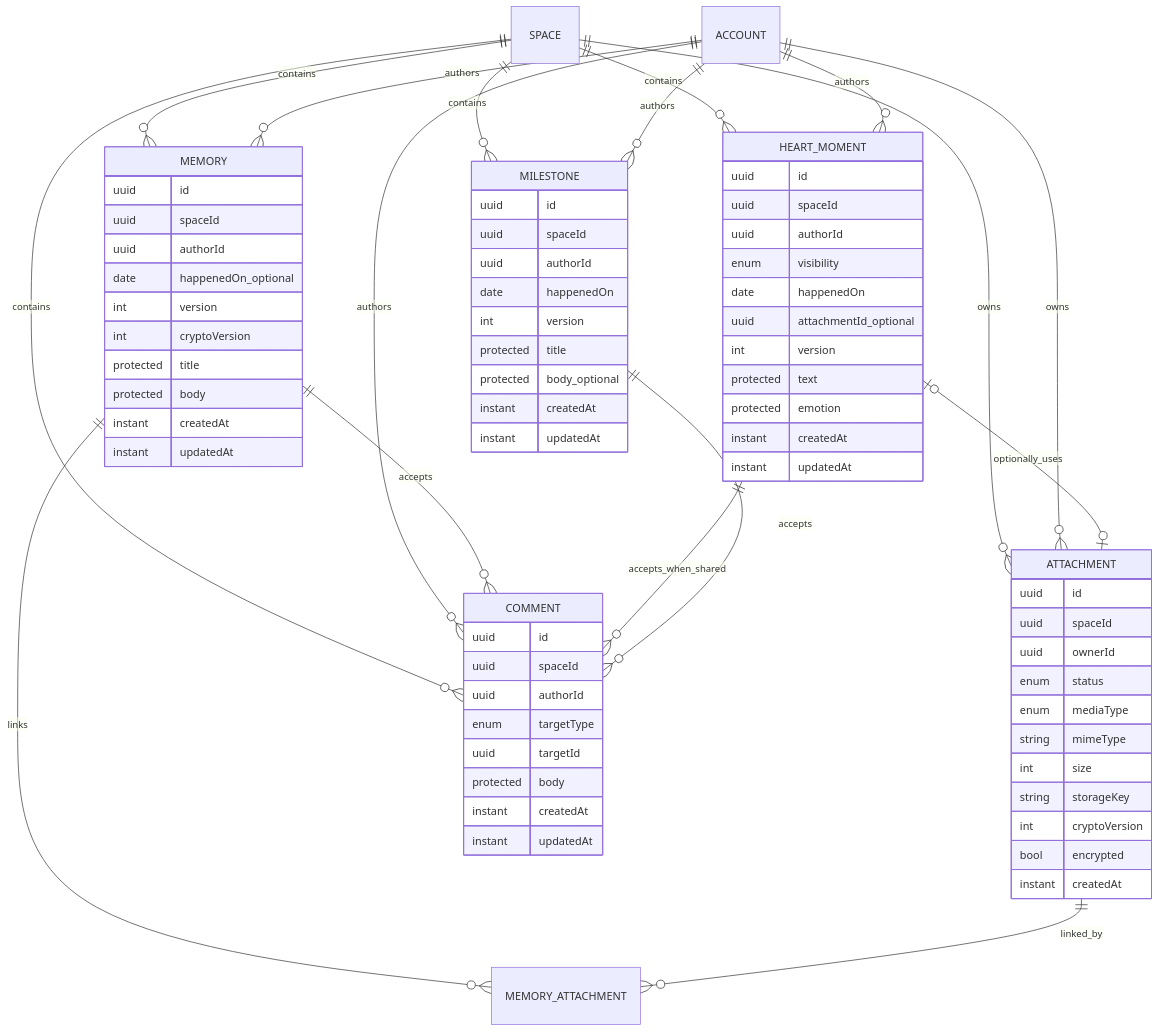
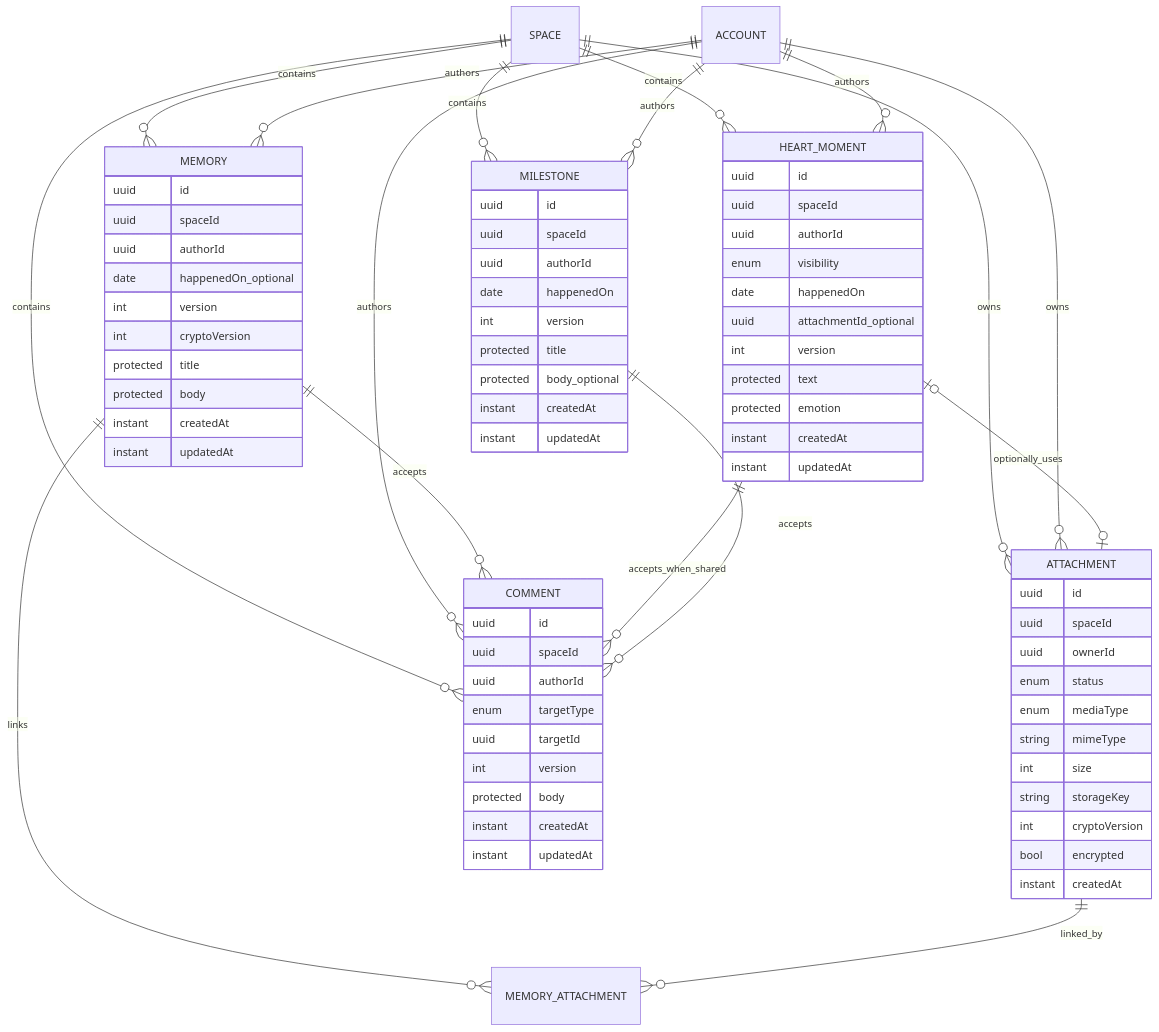
Before and after one commit to baerenmarke90/SideBySide-Next: the diagram in docs/m2/DOMAIN-MODEL.md, drawn with Mermaid. The commit also changed other lines of this file, not shown here.

```diff
--- a/docs/m2/DOMAIN-MODEL.md
+++ b/docs/m2/DOMAIN-MODEL.md
@@ -83,6 +83,7 @@
     uuid authorId
     enum targetType
     uuid targetId
+    int version
     protected body
     instant createdAt
     instant updatedAt
```
